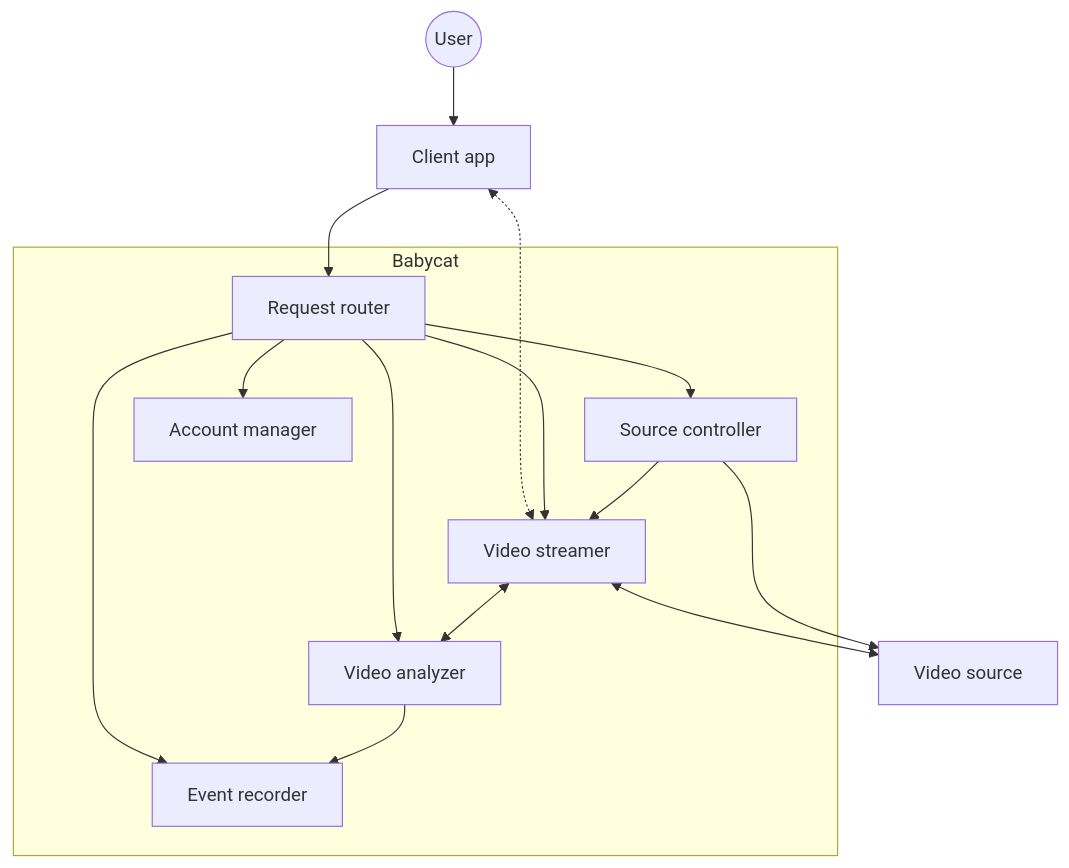
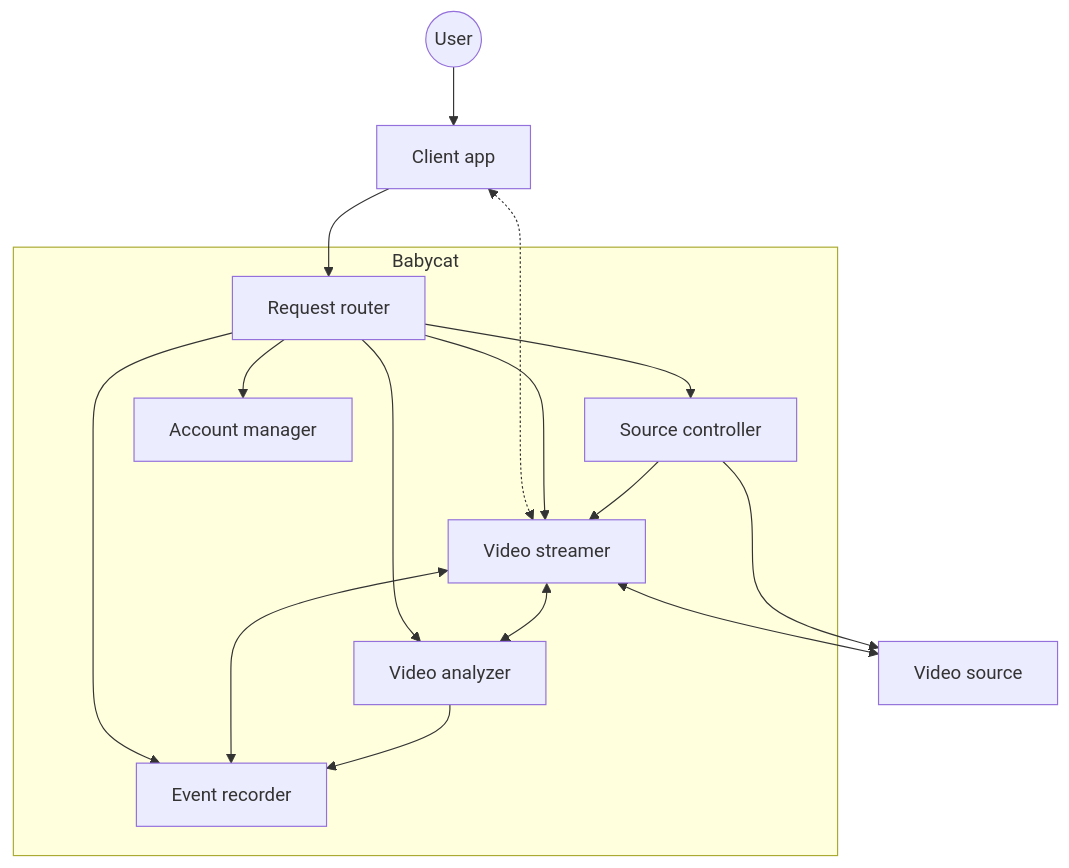
One commit to skim2048/babycat changed the diagram in docs/srs/figs/2-2.mermaid.md. Above: the diagram before and after it, drawn with Mermaid. The commit also changed 7 other files, not shown here.

````diff
--- a/docs/srs/figs/2-2.mermaid.md
+++ b/docs/srs/figs/2-2.mermaid.md
@@ -1,33 +1,34 @@
 ```mermaid
 flowchart TB
     User(("User"))
     ClientApp["Client app"]
     VideoSource["Video source"]
 
     subgraph Babycat
         RequestRouter["Request router"]
         VideoStreamer["Video streamer"]
         SourceController["Source controller"]
         VideoAnalyzer["Video analyzer"]
         AccountManager["Account manager"]
         EventRecorder["Event recorder"]
     end
 
     User --> ClientApp
     ClientApp --> RequestRouter
     ClientApp <-.-> VideoStreamer
 
     RequestRouter --> VideoStreamer
     RequestRouter --> SourceController
     RequestRouter --> VideoAnalyzer
     RequestRouter --> EventRecorder
     RequestRouter --> AccountManager
 
     VideoStreamer <--> VideoSource
     VideoStreamer <--> VideoAnalyzer
+    VideoStreamer <--> EventRecorder
 
     SourceController --> VideoSource
     SourceController --> VideoStreamer
 
     VideoAnalyzer --> EventRecorder
 ```
````
